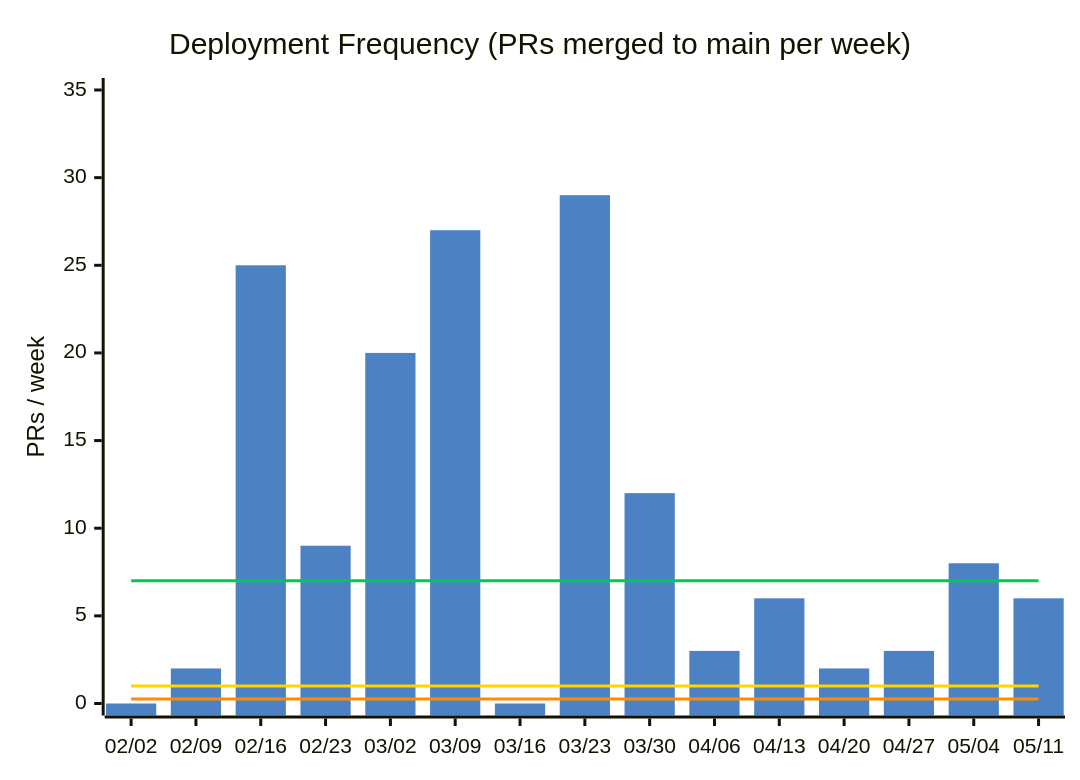
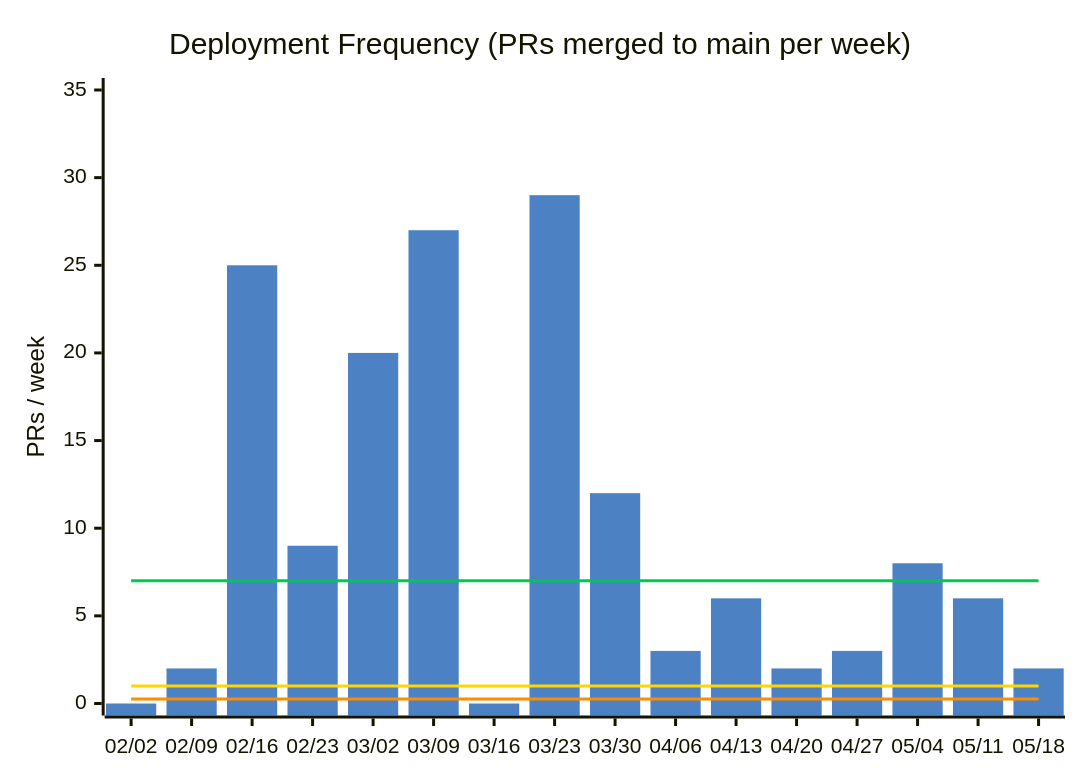
One commit to nablarch/nabledge-dev changed the first of 14 diagrams in docs/metrics.md. Above: the diagram before and after it, drawn with Mermaid. The commit also changed other lines of this file and 2 other files, not shown here.

````diff
--- a/docs/metrics.md
+++ b/docs/metrics.md
@@ -37,11 +37,11 @@
 ```mermaid
 %%{init: {'theme': 'base', 'themeVariables': {'xyChart': {'plotColorPalette': '#4C82C3,#00C853,#FFD600,#FF8C00'}}}}%%
 xychart-beta
   title "Deployment Frequency (PRs merged to main per week)"
-  x-axis ["02/02", "02/09", "02/16", "02/23", "03/02", "03/09", "03/16", "03/23", "03/30", "04/06", "04/13", "04/20", "04/27", "05/04", "05/11"]
+  x-axis ["02/02", "02/09", "02/16", "02/23", "03/02", "03/09", "03/16", "03/23", "03/30", "04/06", "04/13", "04/20", "04/27", "05/04", "05/11", "05/18"]
   y-axis "PRs / week" 0 --> 35
-  bar [0, 2, 25, 9, 20, 27, 0, 29, 12, 3, 6, 2, 3, 8, 6]
-  line [7, 7, 7, 7, 7, 7, 7, 7, 7, 7, 7, 7, 7, 7, 7]
-  line [1, 1, 1, 1, 1, 1, 1, 1, 1, 1, 1, 1, 1, 1, 1]
-  line [0.25, 0.25, 0.25, 0.25, 0.25, 0.25, 0.25, 0.25, 0.25, 0.25, 0.25, 0.25, 0.25, 0.25, 0.25]
+  bar [0, 2, 25, 9, 20, 27, 0, 29, 12, 3, 6, 2, 3, 8, 6, 2]
+  line [7, 7, 7, 7, 7, 7, 7, 7, 7, 7, 7, 7, 7, 7, 7, 7]
+  line [1, 1, 1, 1, 1, 1, 1, 1, 1, 1, 1, 1, 1, 1, 1, 1]
+  line [0.25, 0.25, 0.25, 0.25, 0.25, 0.25, 0.25, 0.25, 0.25, 0.25, 0.25, 0.25, 0.25, 0.25, 0.25, 0.25]
 ```
````
